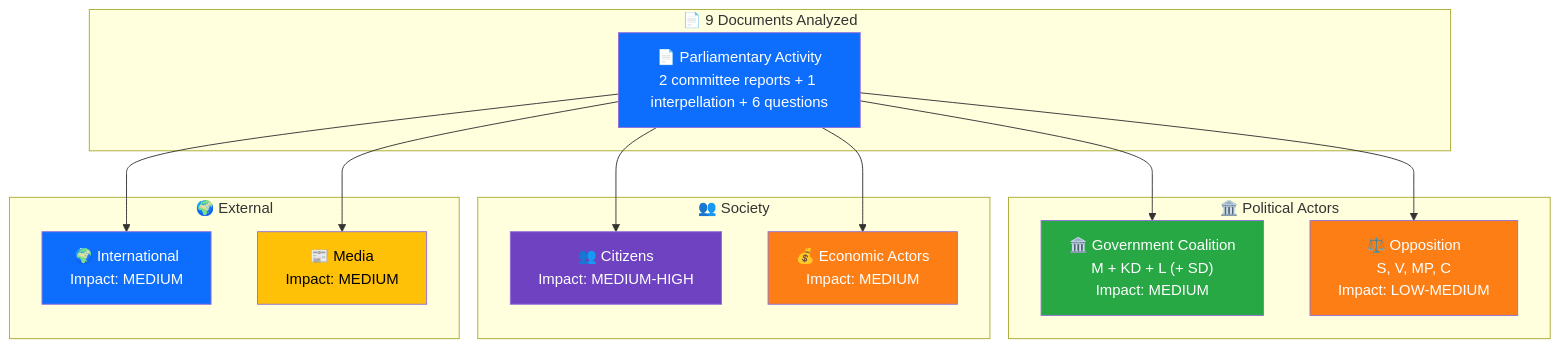
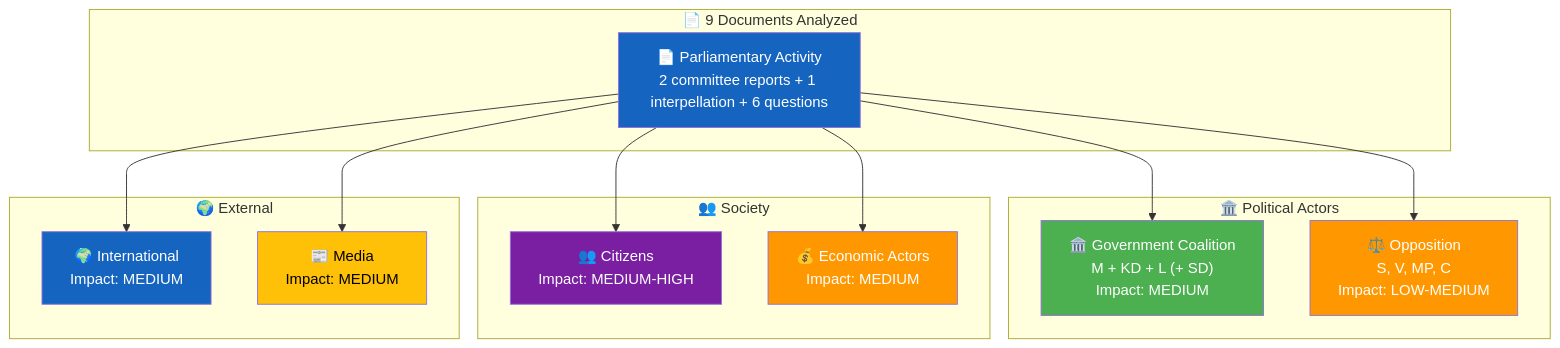
Before and after one commit to Hack23/riksdagsmonitor: the diagram in analysis/daily/2026-04-06/realtime-1029/stakeholder-perspectives.md, drawn with Mermaid. The commit also changed 785 other files, not shown here.

First line of the commit message:
Normalize mermaid colors across 786 analysis artifacts to ISMS Style Guide palette

````diff
--- a/analysis/daily/2026-04-06/realtime-1029/stakeholder-perspectives.md
+++ b/analysis/daily/2026-04-06/realtime-1029/stakeholder-perspectives.md
@@ -16,36 +16,36 @@
 ```mermaid
 graph TD
     subgraph "📄 9 Documents Analyzed"
         DOC["📄 Parliamentary Activity<br/>2 committee reports + 1 interpellation + 6 questions"]
     end
 
     subgraph "🏛️ Political Actors"
         GOV["🏛️ Government Coalition<br/>M + KD + L (+ SD)<br/>Impact: MEDIUM"]
         OPP["⚖️ Opposition<br/>S, V, MP, C<br/>Impact: LOW-MEDIUM"]
     end
 
     subgraph "👥 Society"
         CIT["👥 Citizens<br/>Impact: MEDIUM-HIGH"]
         ECO["💰 Economic Actors<br/>Impact: MEDIUM"]
     end
 
     subgraph "🌍 External"
         INT["🌍 International<br/>Impact: MEDIUM"]
         MED["📰 Media<br/>Impact: MEDIUM"]
     end
 
     DOC --> GOV
     DOC --> OPP
     DOC --> CIT
     DOC --> ECO
     DOC --> INT
     DOC --> MED
 
-    style DOC fill:#0d6efd,color:#fff
-    style GOV fill:#28a745,color:#fff
-    style OPP fill:#fd7e14,color:#fff
-    style CIT fill:#6f42c1,color:#fff
-    style ECO fill:#fd7e14,color:#fff
-    style INT fill:#0d6efd,color:#fff
-    style MED fill:#ffc107,color:#000
+    style DOC fill:#1565C0,color:#FFFFFF
+    style GOV fill:#4CAF50,color:#FFFFFF
+    style OPP fill:#FF9800,color:#FFFFFF
+    style CIT fill:#7B1FA2,color:#FFFFFF
+    style ECO fill:#FF9800,color:#FFFFFF
+    style INT fill:#1565C0,color:#FFFFFF
+    style MED fill:#FFC107,color:#000000
 ```
````
